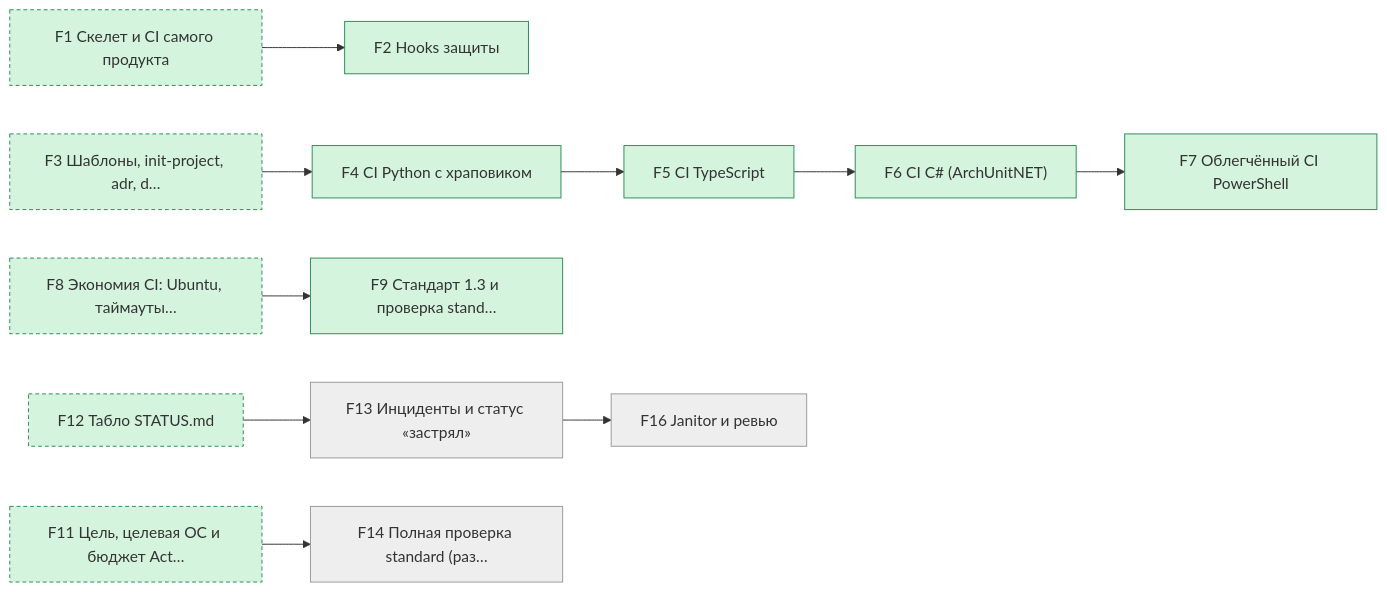
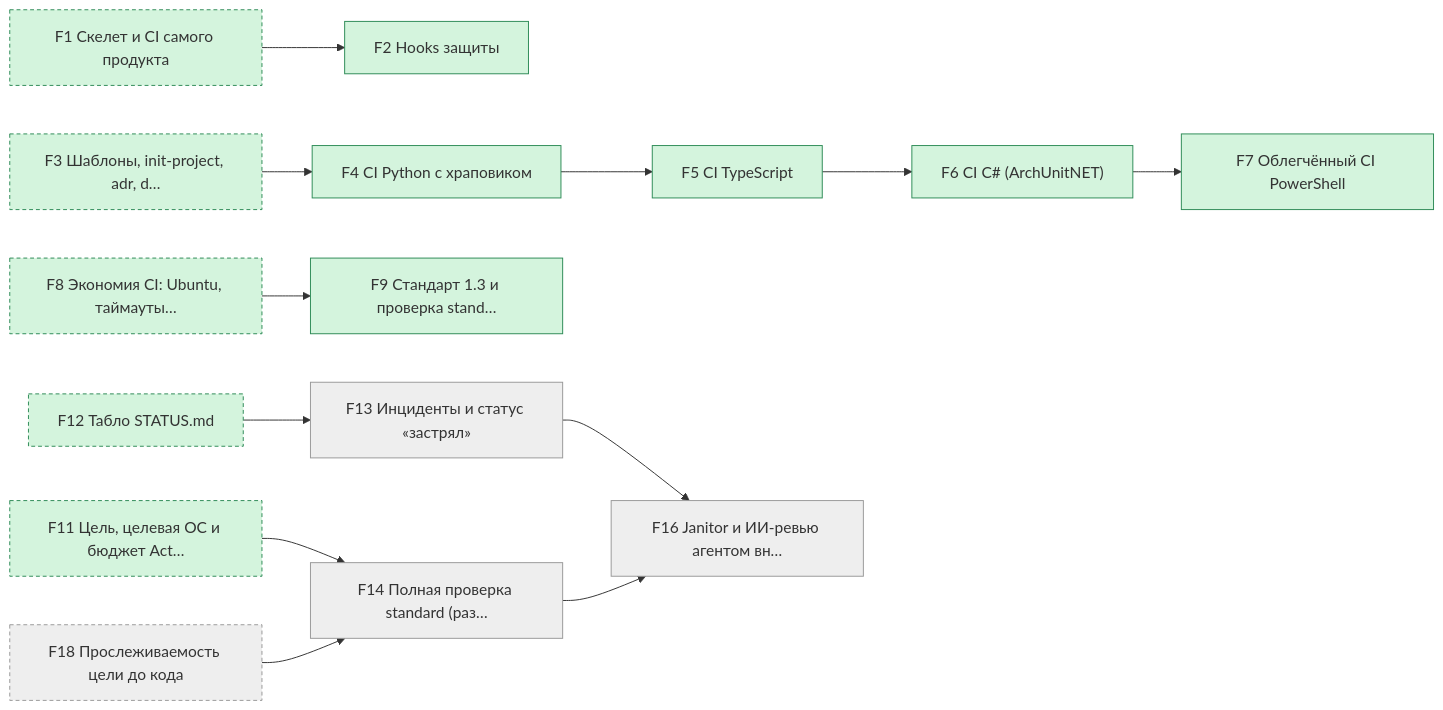
Before and after one commit to pete-doc/project-architect: the second of 6 diagrams in state/STATUS.md, drawn with Mermaid. The commit also changed other lines of this file and 2 other files, not shown here.

````diff
--- a/state/STATUS.md
+++ b/state/STATUS.md
@@ -60,34 +60,37 @@
 ```mermaid
 graph LR
   F2["F2 Hooks защиты"]
   F4["F4 CI Python с храповиком"]
   F5["F5 CI TypeScript"]
   F6["F6 CI C# (ArchUnitNET)"]
   F7["F7 Облегчённый CI PowerShell"]
   F9["F9 Стандарт 1.3 и проверка stand…"]
   F13["F13 Инциденты и статус «застрял»"]
   F14["F14 Полная проверка standard (раз…"]
-  F16["F16 Janitor и ревью"]
+  F16["F16 Janitor и ИИ-ревью агентом вн…"]
   F1["F1 Скелет и CI самого продукта"]
   F3["F3 Шаблоны, init-project, adr, d…"]
   F8["F8 Экономия CI: Ubuntu, таймауты…"]
   F12["F12 Табло STATUS.md"]
   F11["F11 Цель, целевая ОС и бюджет Act…"]
+  F18["F18 Прослеживаемость цели до кода"]
   F1 --> F2
   F3 --> F4
   F4 --> F5
   F5 --> F6
   F6 --> F7
   F8 --> F9
   F12 --> F13
   F11 --> F14
+  F18 --> F14
   F13 --> F16
+  F14 --> F16
   classDef done fill:#d4f4dd,stroke:#2e8b57
   classDef work fill:#fff3c4,stroke:#c79100
   classDef blocked fill:#ffd6d6,stroke:#c0392b
   classDef later fill:#eeeeee,stroke:#999999
   classDef outside stroke-dasharray: 4 3
   class F2,F4,F5,F6,F7,F9,F1,F3,F8,F12,F11 done
-  class F13,F14,F16 later
-  class F1,F3,F8,F12,F11 outside
+  class F13,F14,F16,F18 later
+  class F1,F3,F8,F12,F11,F18 outside
 ```
````
